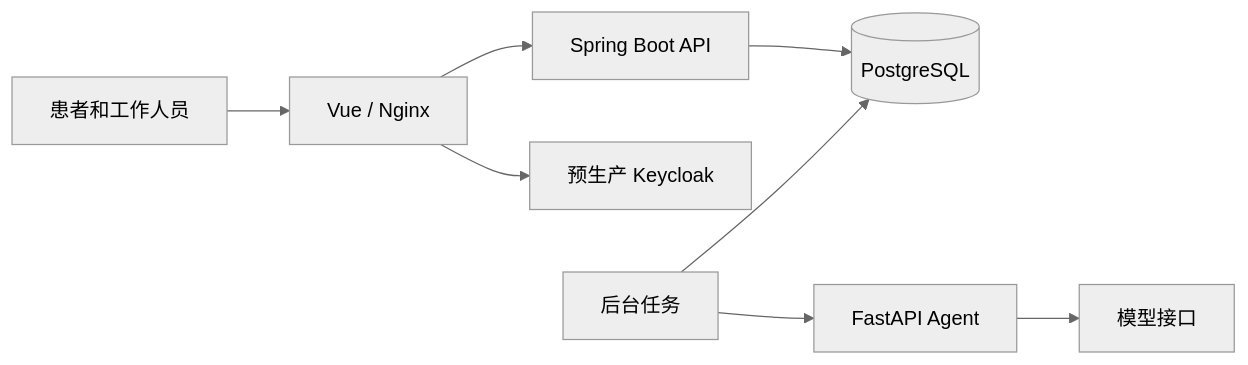
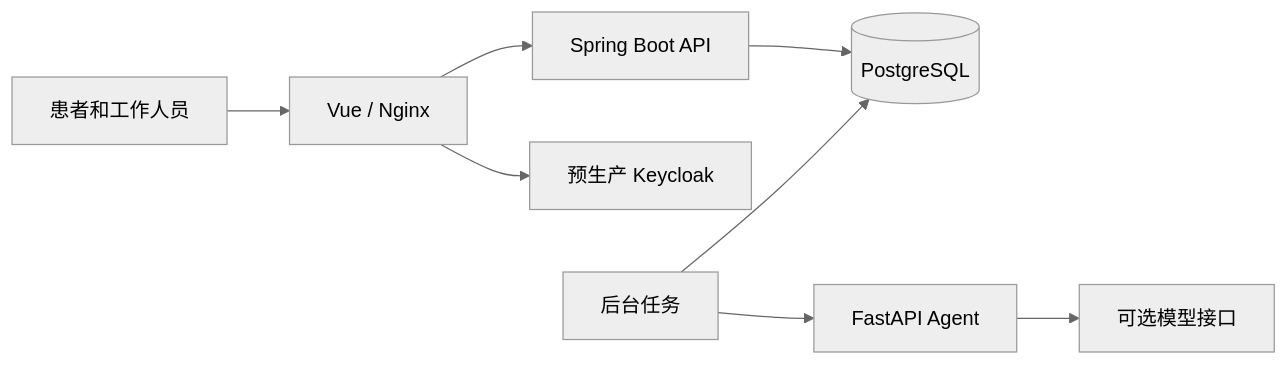
One commit to W205614/CareContinuo changed the diagram in README.md. Above: the diagram before and after it, drawn with Mermaid (neutral theme). The commit also changed other lines of this file and 4 other files, not shown here.

````diff
--- a/README.md
+++ b/README.md
@@ -61,10 +113,10 @@
 ```mermaid
 flowchart LR
   Browser["患者和工作人员"] --> Web["Vue / Nginx"]
   Web --> API["Spring Boot API"]
   Web --> Keycloak["预生产 Keycloak"]
   API --> DB[("PostgreSQL")]
   Worker["后台任务"] --> DB
   Worker --> Agent["FastAPI Agent"]
-  Agent --> Model["模型接口"]
+  Agent --> Model["可选模型接口"]
 ```
````
